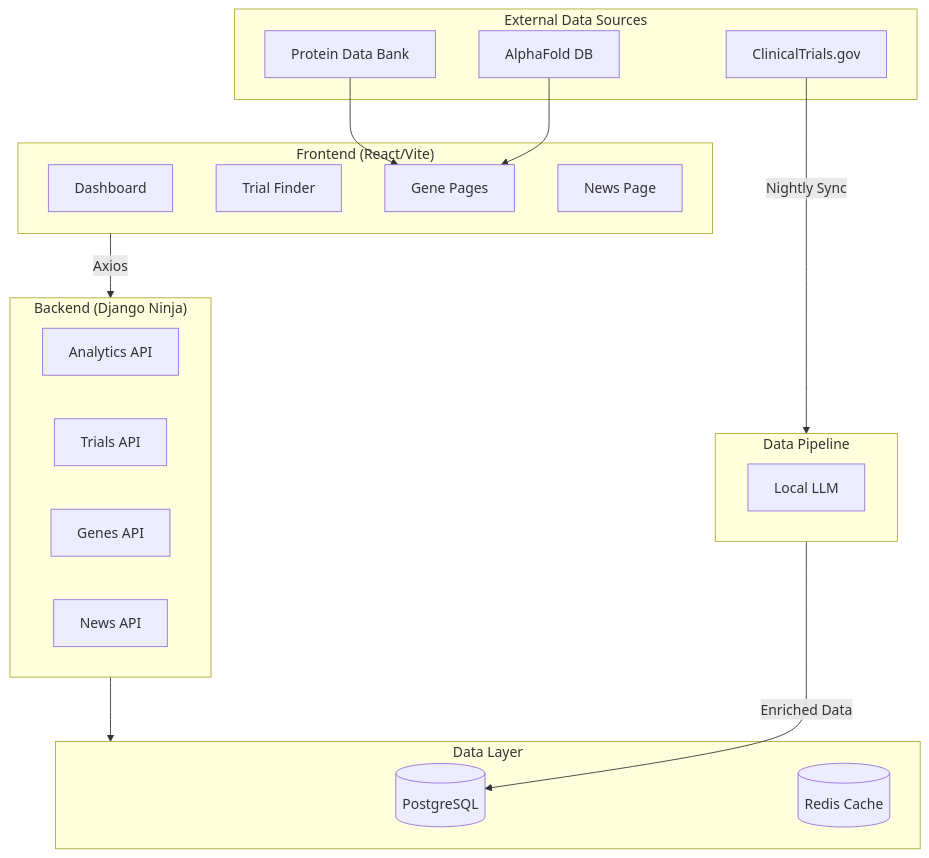
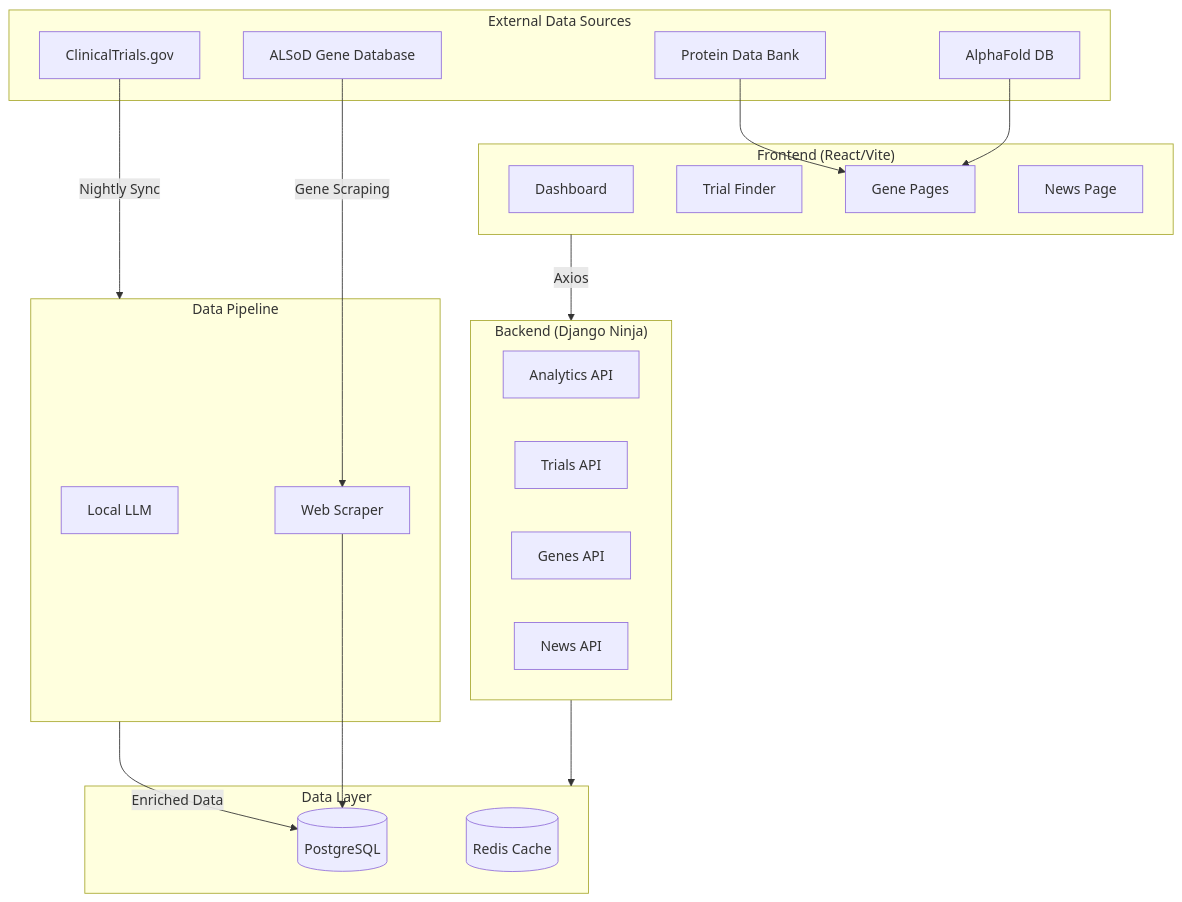
The diagram in README.md (tuckthomas/ALS-FTD-Dashboard), drawn with Mermaid before and after one commit.

Commit message:
Add ALSoD web scraping to architecture diagram

````diff
--- a/README.md
+++ b/README.md
@@ -26,38 +26,42 @@
 ```mermaid
 flowchart TB
     subgraph Frontend["Frontend (React/Vite)"]
         Dashboard[Dashboard]
         TrialFinder[Trial Finder]
         GenePages[Gene Pages]
         NewsPage[News Page]
     end
 
     subgraph Backend["Backend (Django Ninja)"]
         AnalyticsAPI[Analytics API]
         TrialsAPI[Trials API]
         GenesAPI[Genes API]
         NewsAPI[News API]
     end
 
     subgraph DataLayer["Data Layer"]
         PostgreSQL[(PostgreSQL)]
         Redis[(Redis Cache)]
     end
 
     subgraph External["External Data Sources"]
         ClinicalTrials[ClinicalTrials.gov]
+        ALSoD[ALSoD Gene Database]
         PDB[Protein Data Bank]
         AlphaFold[AlphaFold DB]
     end
 
     subgraph Pipeline["Data Pipeline"]
         LLM[Local LLM]
+        Scraper[Web Scraper]
     end
 
     Frontend -->|Axios| Backend
     Backend --> DataLayer
     ClinicalTrials -->|Nightly Sync| Pipeline
+    ALSoD -->|Gene Scraping| Scraper
+    Scraper --> PostgreSQL
     Pipeline -->|Enriched Data| PostgreSQL
     PDB --> GenePages
     AlphaFold --> GenePages
 ```
````
